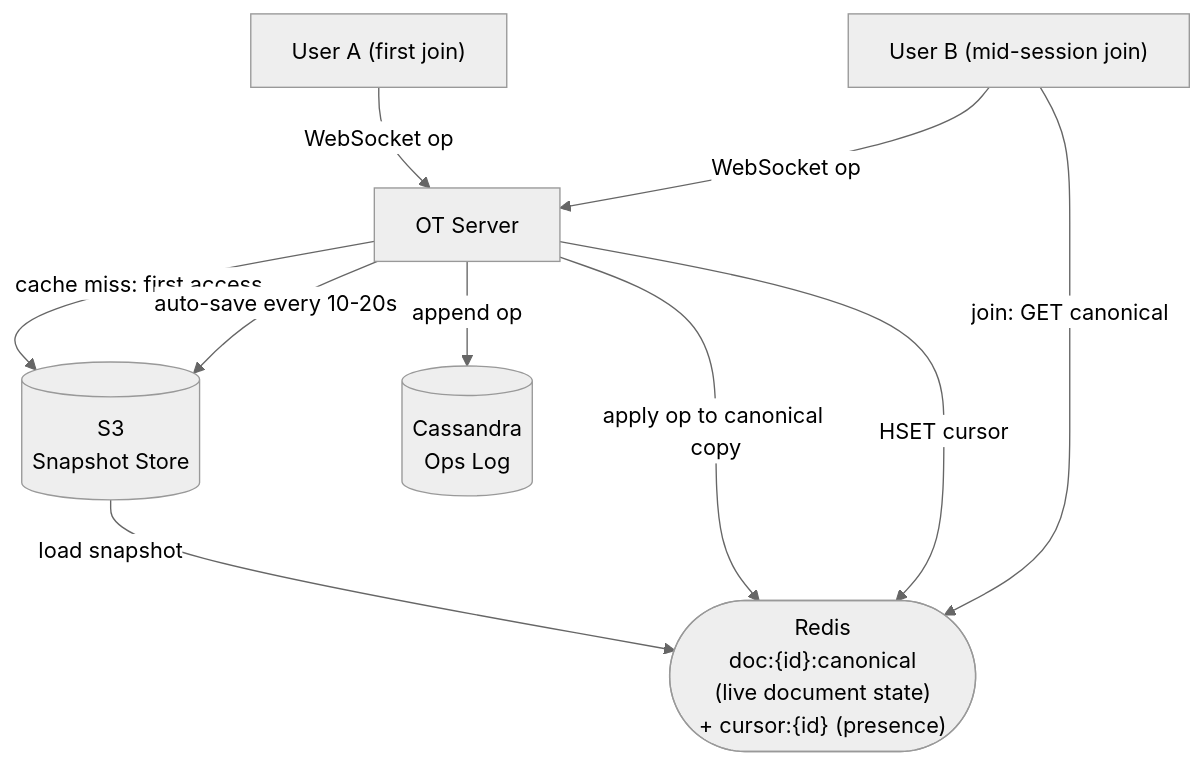
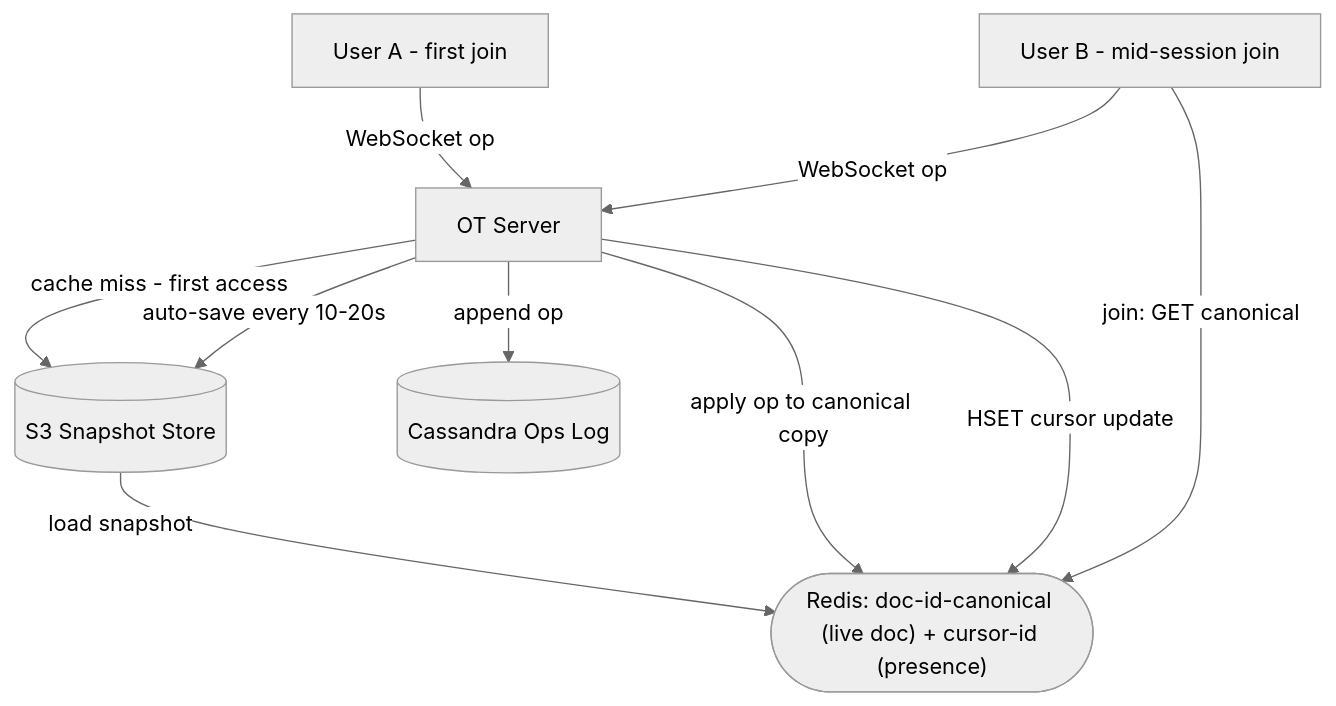
The fourth of 5 diagrams in system-design/latest & updated/google-docs.md (shyamalm88/MechineCoding), drawn with Mermaid (neutral theme) before and after one commit. The commit also changed other lines of this file and 9 other files, not shown here.

````diff
--- a/system-design/latest & updated/google-docs.md
+++ b/system-design/latest & updated/google-docs.md
@@ -1013,19 +379,19 @@
 ```mermaid
 graph TD
-    UserA["User A (first join)"]
-    UserB["User B (mid-session join)"]
+    UserA["User A - first join"]
+    UserB["User B - mid-session join"]
     OT["OT Server"]
-    Redis(["Redis\ndoc:{id}:canonical\n(live document state)\n+ cursor:{id} (presence)"])
-    S3[("S3\nSnapshot Store")]
-    OpsLog[("Cassandra\nOps Log")]
+    Redis(["Redis: doc-id-canonical (live doc) + cursor-id (presence)"])
+    S3[("S3 Snapshot Store")]
+    OpsLog[("Cassandra Ops Log")]
 
     UserA -->|WebSocket op| OT
     UserB -->|WebSocket op| OT
-    OT -->|cache miss: first access| S3
+    OT -->|cache miss - first access| S3
     S3 -->|load snapshot| Redis
     OT -->|apply op to canonical copy| Redis
     OT -->|append op| OpsLog
     OT -->|auto-save every 10-20s| S3
-    OT -->|HSET cursor| Redis
+    OT -->|HSET cursor update| Redis
     UserB -->|join: GET canonical| Redis
 ```
````
